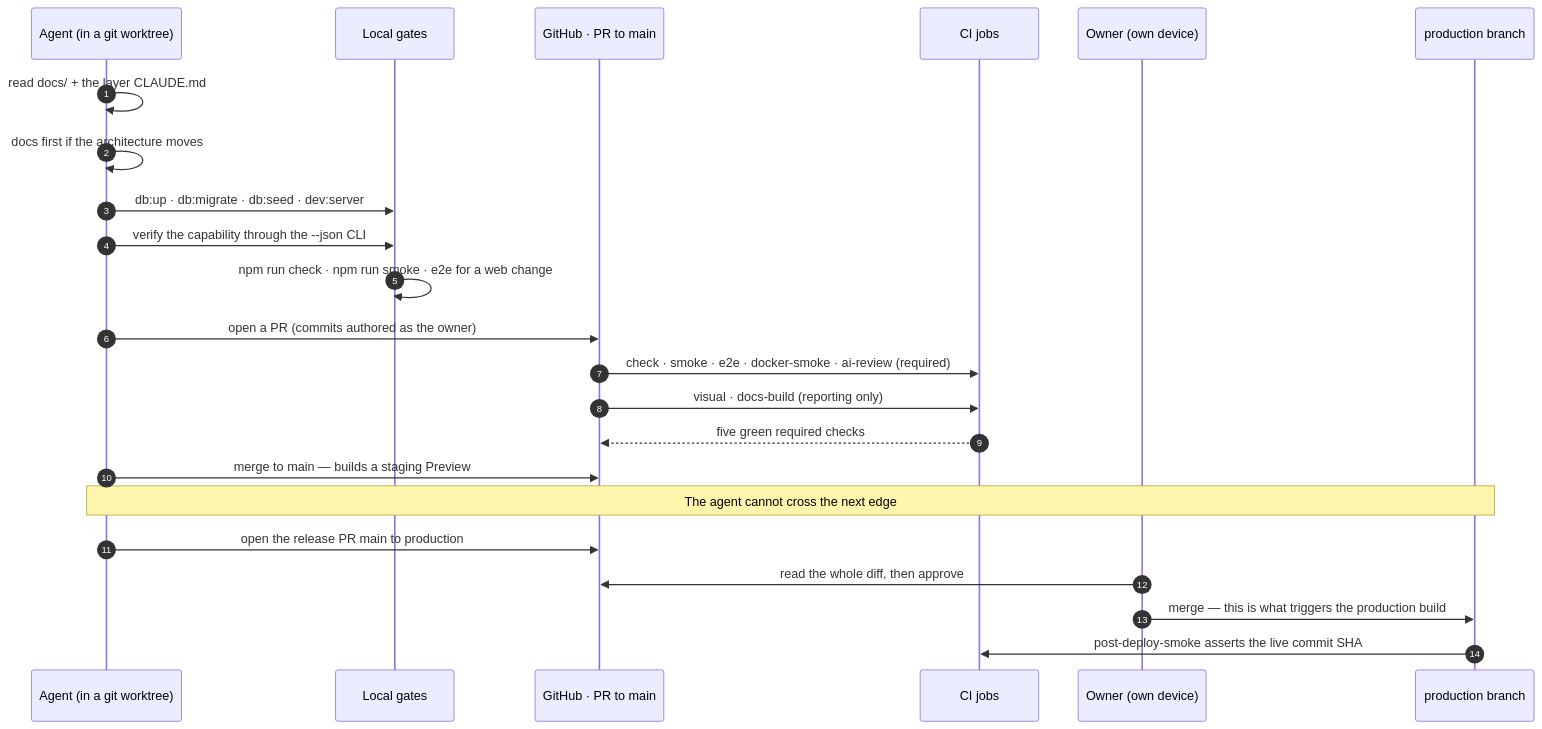
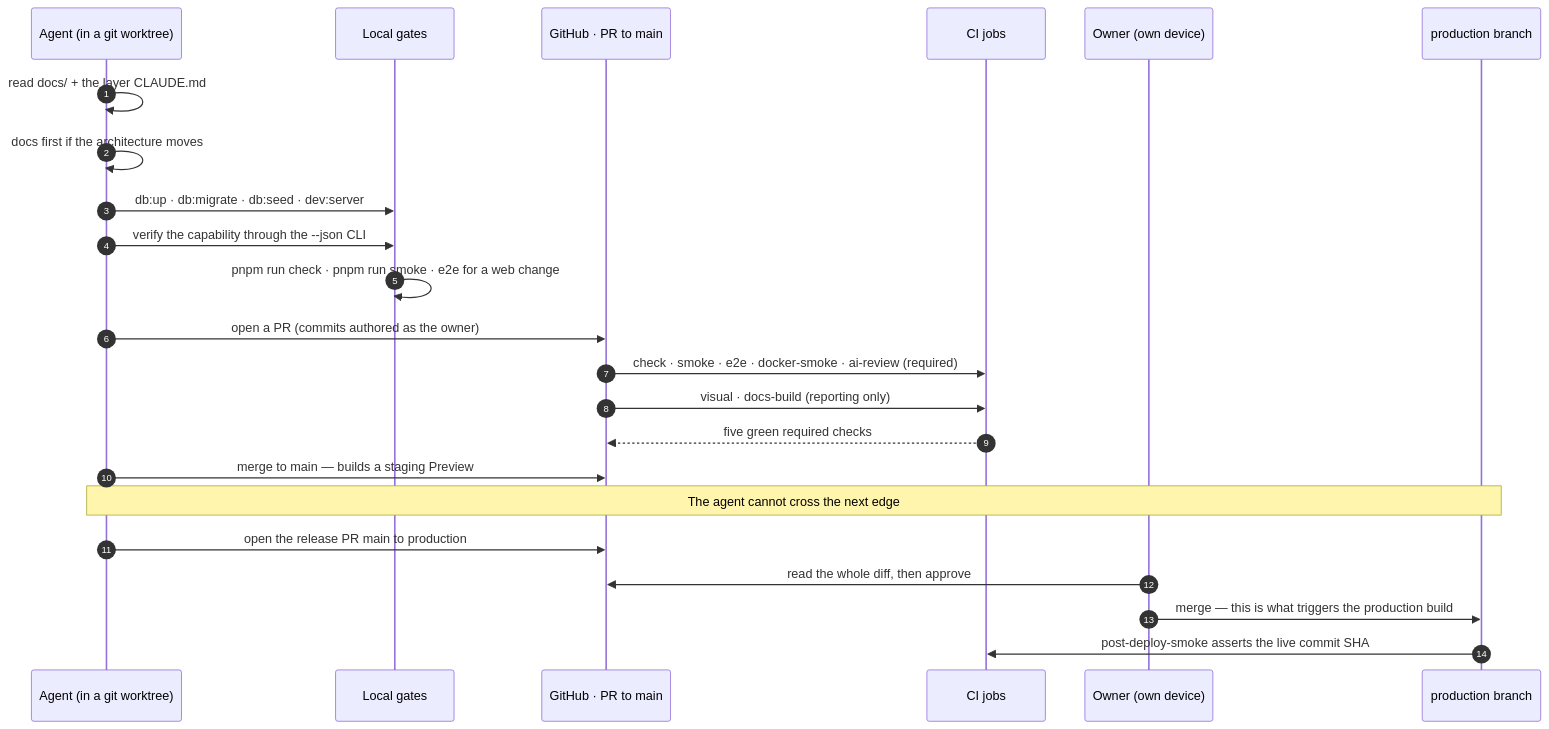
One commit to chomamateusz/agentproofarch changed the first of 2 diagrams in website/docs/guides/agent-workflow.md. Above: the diagram before and after it, drawn with Mermaid. The commit also changed other lines of this file and 74 other files, not shown here.

First line of the commit message:
Toolchain: migrate npm -> pnpm (supply-chain hardening)

````diff
--- a/website/docs/guides/agent-workflow.md
+++ b/website/docs/guides/agent-workflow.md
@@ -43,26 +43,26 @@
 ```mermaid
 sequenceDiagram
     autonumber
     participant Agent as Agent (in a git worktree)
     participant Local as Local gates
     participant GH as GitHub · PR to main
     participant CI as CI jobs
     participant Owner as Owner (own device)
     participant Prod as production branch
 
     Agent->>Agent: read docs/ + the layer CLAUDE.md
     Agent->>Agent: docs first if the architecture moves
     Agent->>Local: db:up · db:migrate · db:seed · dev:server
     Agent->>Local: verify the capability through the --json CLI
-    Local->>Local: npm run check · npm run smoke · e2e for a web change
+    Local->>Local: pnpm run check · pnpm run smoke · e2e for a web change
     Agent->>GH: open a PR (commits authored as the owner)
     GH->>CI: check · smoke · e2e · docker-smoke · ai-review (required)
     GH->>CI: visual · docs-build (reporting only)
     CI-->>GH: five green required checks
     Agent->>GH: merge to main — builds a staging Preview
     Note over Agent,Prod: The agent cannot cross the next edge
     Agent->>GH: open the release PR main to production
     Owner->>GH: read the whole diff, then approve
     Owner->>Prod: merge — this is what triggers the production build
     Prod->>CI: post-deploy-smoke asserts the live commit SHA
 ```
````
